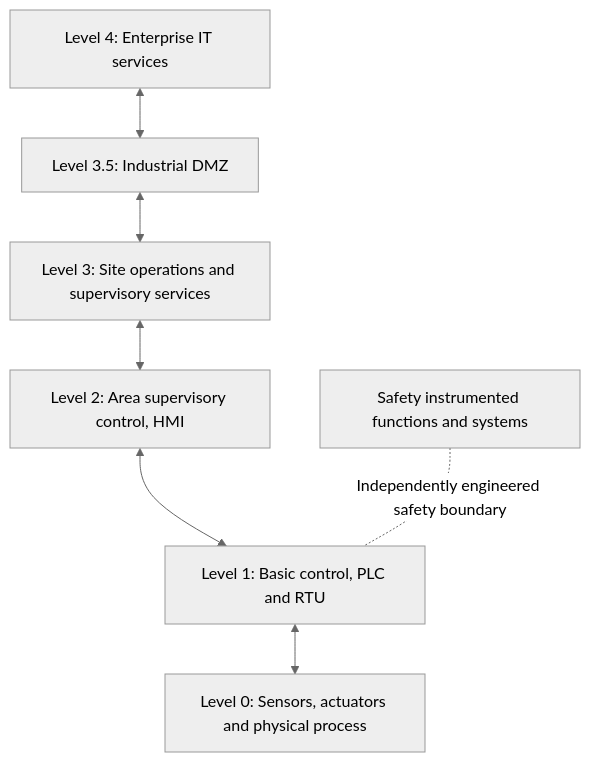
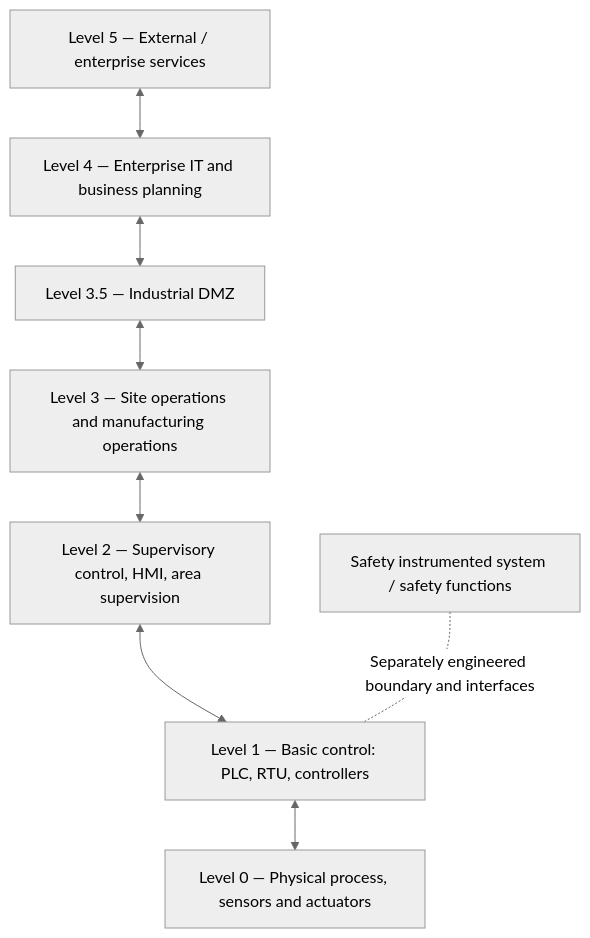
Before and after one commit to vimalpaul/unfiltered-ot-security: the first of 12 diagrams in 02-Industrial-Architecture/REFERENCE-ARCHITECTURE-AND-ZONES.md, drawn with Mermaid (neutral theme). The commit also changed other lines of this file, not shown here.

Commit message:
docs: expand OT reference architecture into visual engineering playbook

````diff
--- a/02-Industrial-Architecture/REFERENCE-ARCHITECTURE-AND-ZONES.md
+++ b/02-Industrial-Architecture/REFERENCE-ARCHITECTURE-AND-ZONES.md
@@ -21,16 +139,18 @@
 ```mermaid
 flowchart TB
-  L4["Level 4: Enterprise IT services"]
-  L35["Level 3.5: Industrial DMZ"]
-  L3["Level 3: Site operations and supervisory services"]
-  L2["Level 2: Area supervisory control, HMI"]
-  L1["Level 1: Basic control, PLC and RTU"]
-  L0["Level 0: Sensors, actuators and physical process"]
-  L4 <--> L35
-  L35 <--> L3
+  L5["Level 5 — External / enterprise services"]
+  L4["Level 4 — Enterprise IT and business planning"]
+  DMZ["Level 3.5 — Industrial DMZ"]
+  L3["Level 3 — Site operations and manufacturing operations"]
+  L2["Level 2 — Supervisory control, HMI, area supervision"]
+  L1["Level 1 — Basic control: PLC, RTU, controllers"]
+  L0["Level 0 — Physical process, sensors and actuators"]
+  L5 <--> L4
+  L4 <--> DMZ
+  DMZ <--> L3
   L3 <--> L2
   L2 <--> L1
   L1 <--> L0
-  SIS["Safety instrumented functions and systems"]
-  SIS -. "Independently engineered safety boundary" .- L1
+  SIS["Safety instrumented system / safety functions"]
+  SIS -. "Separately engineered boundary and interfaces" .- L1
 ```
````
